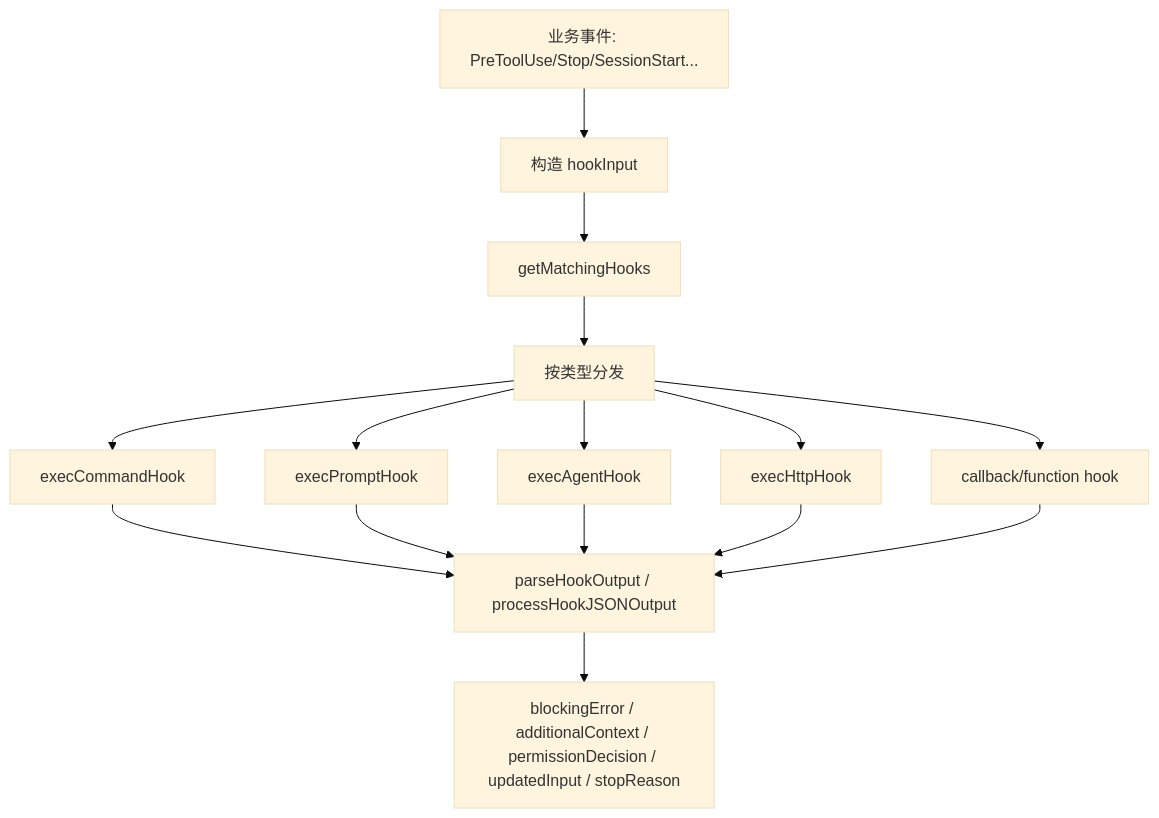
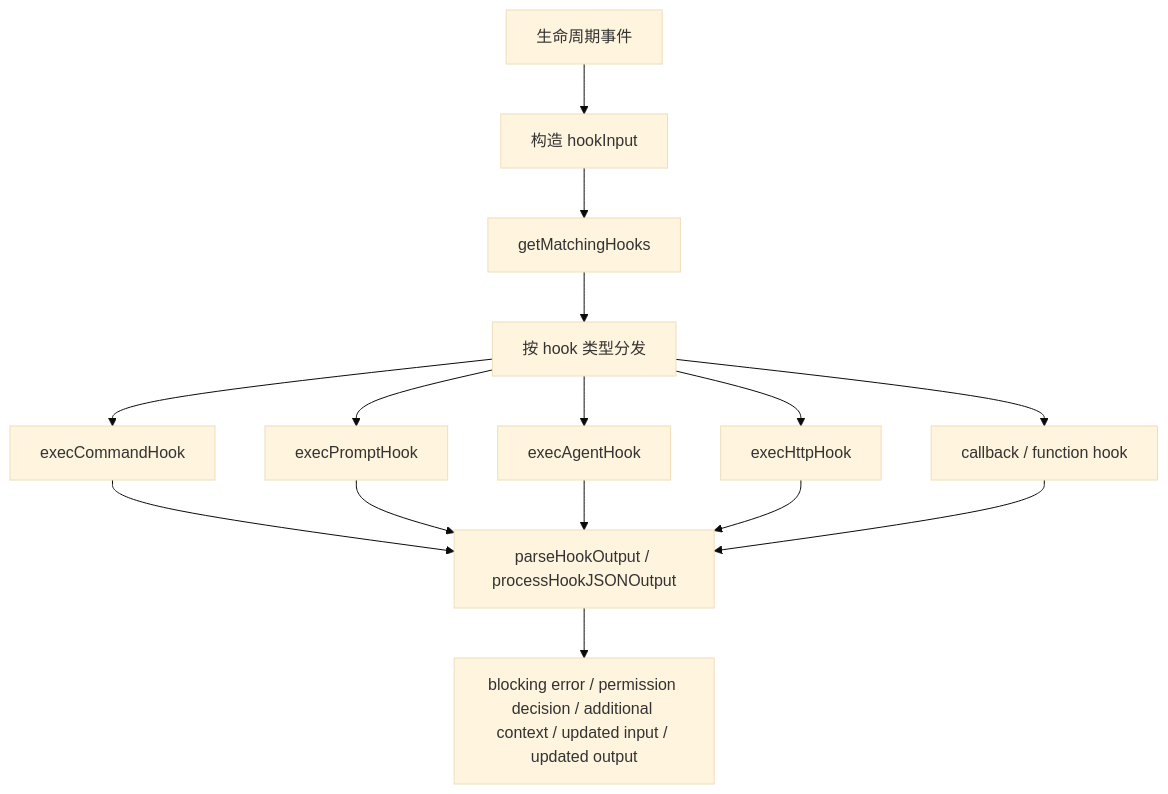
The fourth of 5 diagrams in docs/07-main-loop-sequence-and-call-chains.md (AICCer1/claude-code-analysis), drawn with Mermaid (base theme) before and after one commit. The commit also changed other lines of this file and 8 other files, not shown here.

Commit message:
Rewrite core documents in a formal architecture-review style

````diff
--- a/docs/07-main-loop-sequence-and-call-chains.md
+++ b/docs/07-main-loop-sequence-and-call-chains.md
@@ -299,17 +213,17 @@
 ```mermaid
 flowchart TD
-    A[业务事件: PreToolUse/Stop/SessionStart...] --> B[构造 hookInput]
+    A[生命周期事件] --> B[构造 hookInput]
     B --> C[getMatchingHooks]
-    C --> D[按类型分发]
+    C --> D[按 hook 类型分发]
     D --> E[execCommandHook]
     D --> F[execPromptHook]
     D --> G[execAgentHook]
     D --> H[execHttpHook]
-    D --> I[callback/function hook]
+    D --> I[callback / function hook]
     E --> J[parseHookOutput / processHookJSONOutput]
     F --> J
     G --> J
     H --> J
     I --> J
-    J --> K[blockingError / additionalContext / permissionDecision / updatedInput / stopReason]
+    J --> K[blocking error / permission decision / additional context / updated input / updated output]
 ```
````
